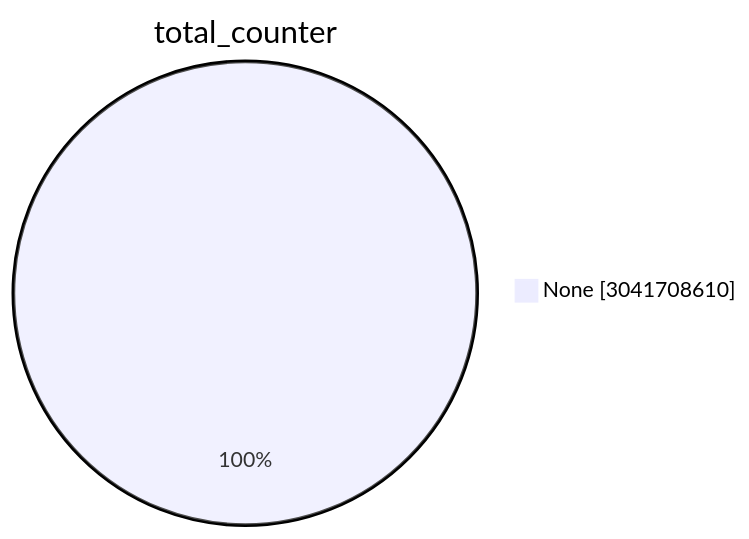
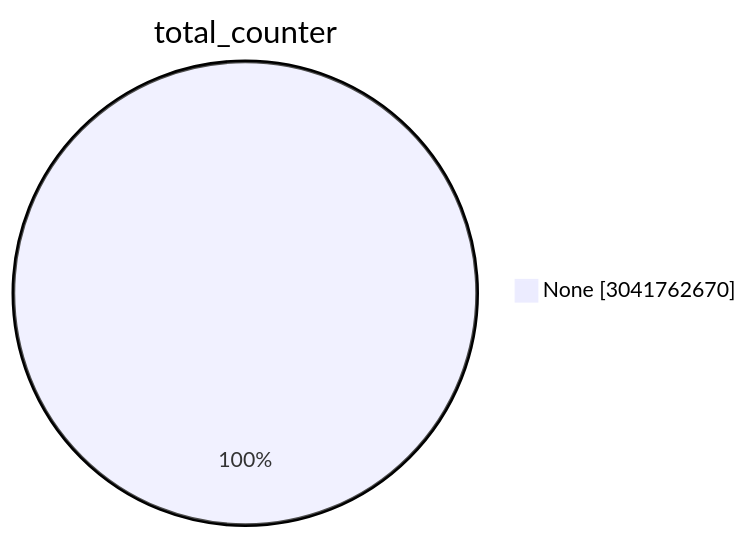
Before and after one commit to christiankrug/ctmonitor_visualization: the first of 15 diagrams in TOTAL/README.md, drawn with Mermaid. The commit also changed other lines of this file, not shown here.

````diff
--- a/TOTAL/README.md
+++ b/TOTAL/README.md
@@ -1,5 +1,5 @@
 ```mermaid
 pie showData
 title total_counter
-"None" :3041708610
+"None" :3041762670
 ```
````
